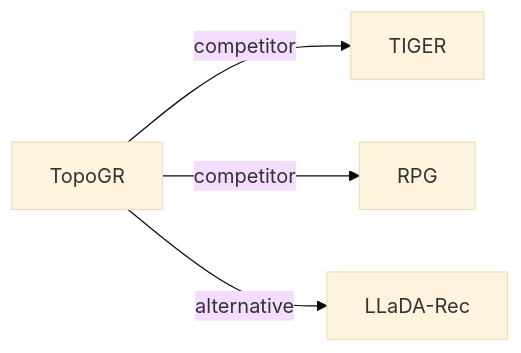
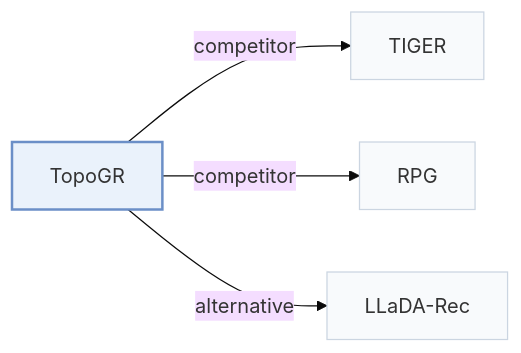
Before and after one commit to Galaxy-ghost/Awesome-SID-Generative-Rec: the second of 2 diagrams in pages/papers/topogr.md, drawn with Mermaid (base theme). The commit also changed other lines of this file and 649 other files, not shown here.

Commit message:
writer-05: also tags and modality index (schema, check, build, visuals); summary field removed; calibration data for 12 papers

````diff
--- a/pages/papers/topogr.md
+++ b/pages/papers/topogr.md
@@ -69,7 +74,11 @@
 ```mermaid
 flowchart LR
     P["TopoGR"]
-    P -->|competitor| A["TIGER"]
-    P -->|competitor| B["RPG"]
-    P -->|alternative| C["LLaDA-Rec"]
+    P -->|"competitor"| A["TIGER"]
+    P -->|"competitor"| B["RPG"]
+    P -->|"alternative"| C["LLaDA-Rec"]
+    classDef main fill:#eaf2fb,stroke:#6b8fc7,stroke-width:2px
+    classDef peer fill:#f8fafc,stroke:#cbd5e1
+    class P main
+    class A,B,C peer
 ```
````
